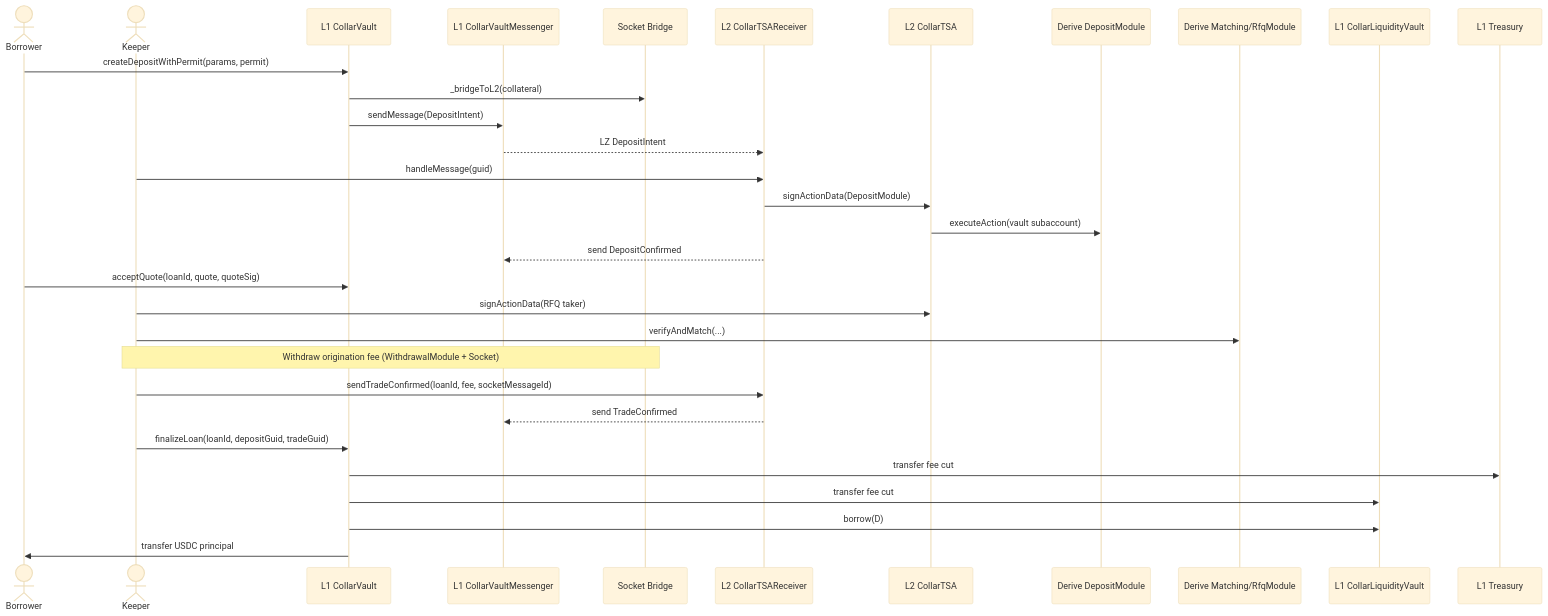
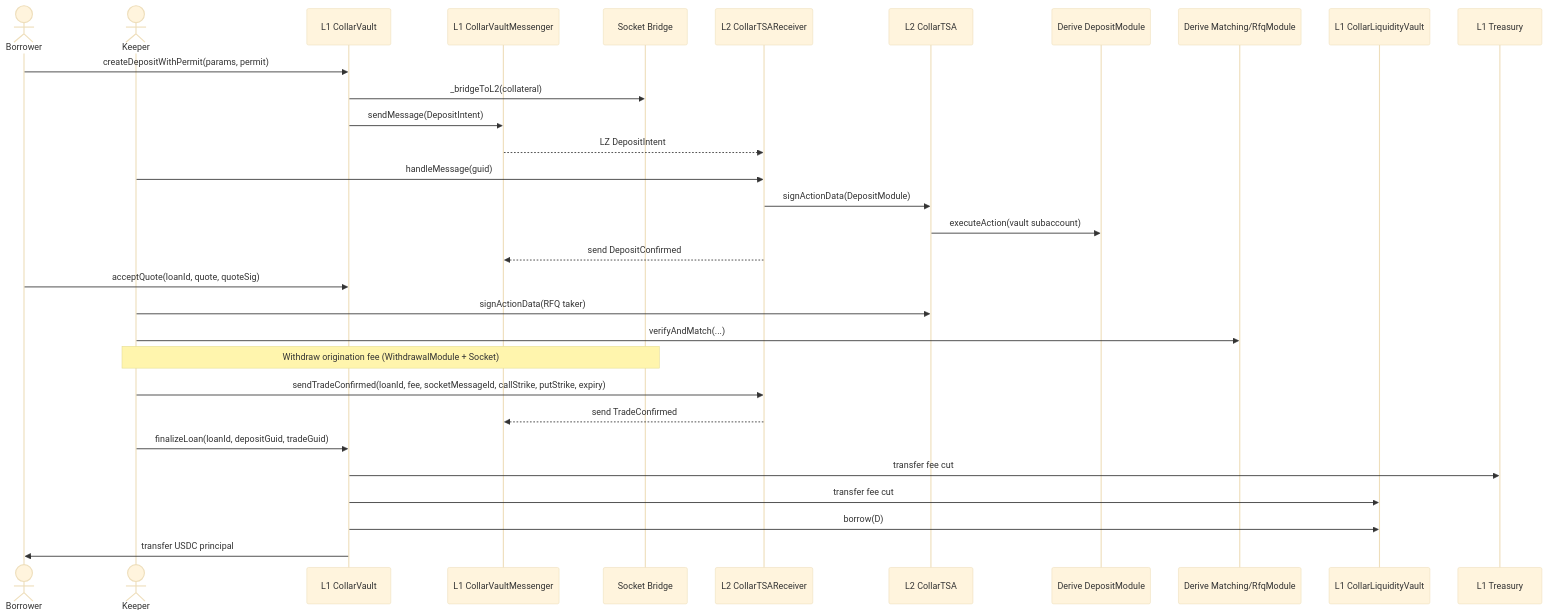
The first of 5 diagrams in docs/SPEC.md (valo/musical-bassoon), drawn with Mermaid (base theme) before and after one commit. The commit also changed 2 other files, not shown here.

Commit message:
LZ: include (callStrike, putStrike, expiry) in TradeConfirmed.data

````diff
--- a/docs/SPEC.md
+++ b/docs/SPEC.md
@@ -121,34 +121,34 @@
 ```mermaid
 sequenceDiagram
   actor Borrower
   actor Keeper
   participant Vault as L1 CollarVault
   participant LZ as L1 CollarVaultMessenger
   participant Socket as Socket Bridge
   participant L2Recv as L2 CollarTSAReceiver
   participant TSA as L2 CollarTSA
   participant Deposit as Derive DepositModule
   participant Match as Derive Matching/RfqModule
   participant Liquidity as L1 CollarLiquidityVault
   participant Treasury as L1 Treasury
 
   Borrower->>Vault: createDepositWithPermit(params, permit)
   Vault->>Socket: _bridgeToL2(collateral)
   Vault->>LZ: sendMessage(DepositIntent)
   LZ-->>L2Recv: LZ DepositIntent
   Keeper->>L2Recv: handleMessage(guid)
   L2Recv->>TSA: signActionData(DepositModule)
   TSA->>Deposit: executeAction(vault subaccount)
   L2Recv-->>LZ: send DepositConfirmed
   Borrower->>Vault: acceptQuote(loanId, quote, quoteSig)
   Keeper->>TSA: signActionData(RFQ taker)
   Keeper->>Match: verifyAndMatch(...)
   Note over Keeper,Socket: Withdraw origination fee (WithdrawalModule + Socket)
-  Keeper->>L2Recv: sendTradeConfirmed(loanId, fee, socketMessageId)
+  Keeper->>L2Recv: sendTradeConfirmed(loanId, fee, socketMessageId, callStrike, putStrike, expiry)
   L2Recv-->>LZ: send TradeConfirmed
   Keeper->>Vault: finalizeLoan(loanId, depositGuid, tradeGuid)
   Vault->>Treasury: transfer fee cut
   Vault->>Liquidity: transfer fee cut
   Vault->>Liquidity: borrow(D)
   Vault->>Borrower: transfer USDC principal
 ```
````
